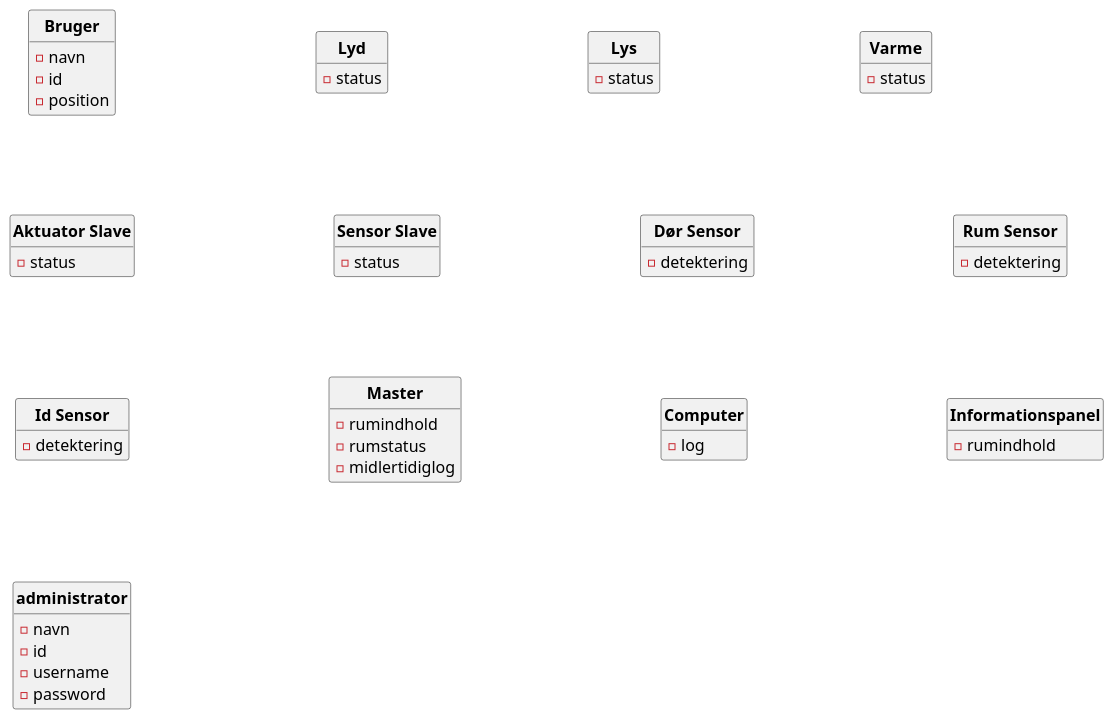
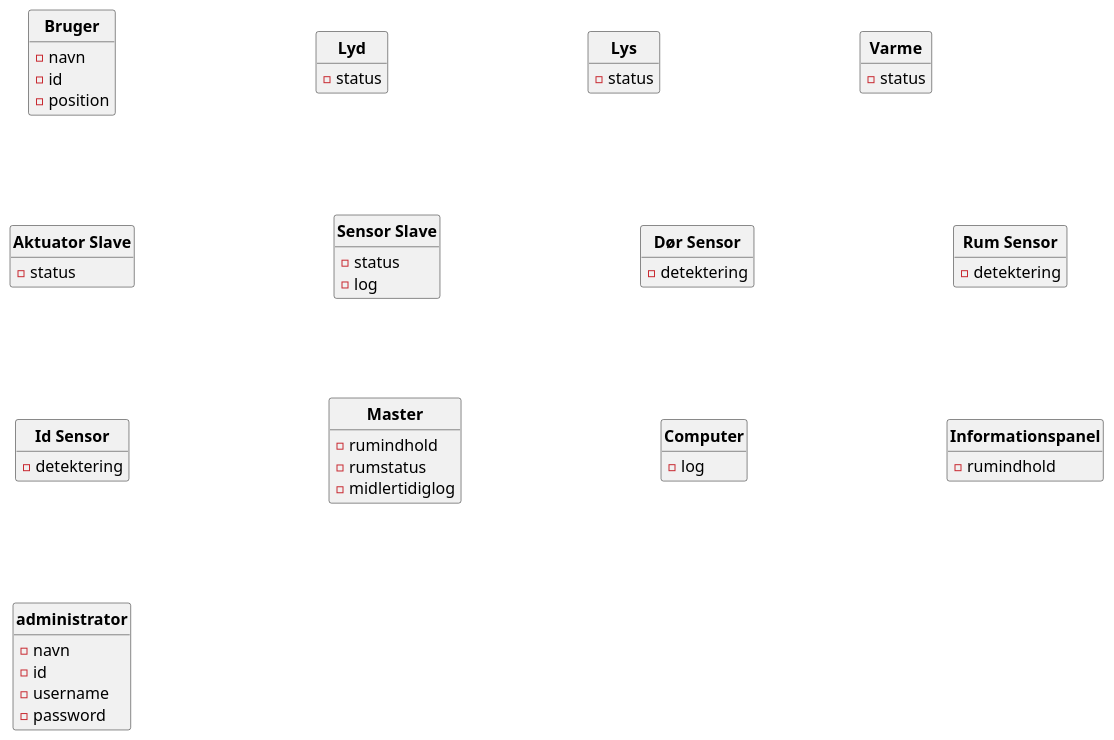
The diagram in SysML/DM domæner.puml (Tukkel/Projekt_2), drawn with PlantUML before and after one commit.

Commit message:
log added to sensor slave

```diff
--- a/SysML/DM domæner.puml
+++ b/SysML/DM domæner.puml
@@ -1,77 +1,78 @@
 @startuml
 ' Default param deffinition
 skinparam style strictuml
 skinparam DefaultFontSize 16
 skinparam DefaultFontName times new roman
 skinparam ArrowFontSize 16
 skinparam ArrowThickness 2.2
 skinparam Linetype poly
 skinparam ranksep 100
 skinparam nodesep 200
 hide empty members
 
 ' Class definition
 Class "**Bruger**" as BR{
 - navn
 - id
 - position
 }
 
 Class "**Lyd**" as LD{
 - status
     
 }
 
 Class "**Lys**" as LS{
 - status
 }
 
 Class "**Varme**" as V{
 - status 
 }
 
 
 Class "**Aktuator Slave**" as AS{
 - status
 }
 
 
 Class "**Sensor Slave**" as SS{
 - status
+- log
 }
 
 Class "**Dør Sensor**" as DS{
 - detektering
 }
 
 Class "**Rum Sensor**" as RS{
 - detektering
 }
 
 Class "**Id Sensor**" as IS{
 - detektering
 }
 
 Class  "**Master**" as ME{
 - rumindhold
 - rumstatus
 - midlertidiglog
 }
 
 Class "**Computer**" as COM{
 - log
 }
 
 Class "**Informationspanel**" as INFO {
 - rumindhold
 }
 
 Class "**administrator**" as admin {
 - navn
 - id
 - username
 - password
 }
 
 ' Conection definition
 @enduml
```
